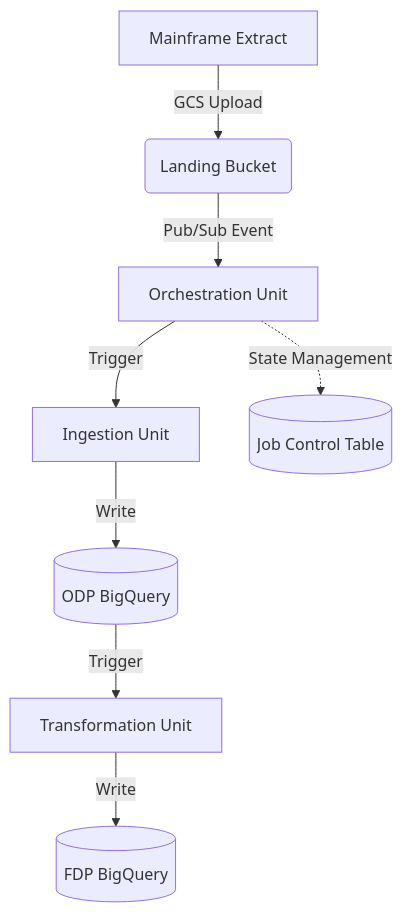
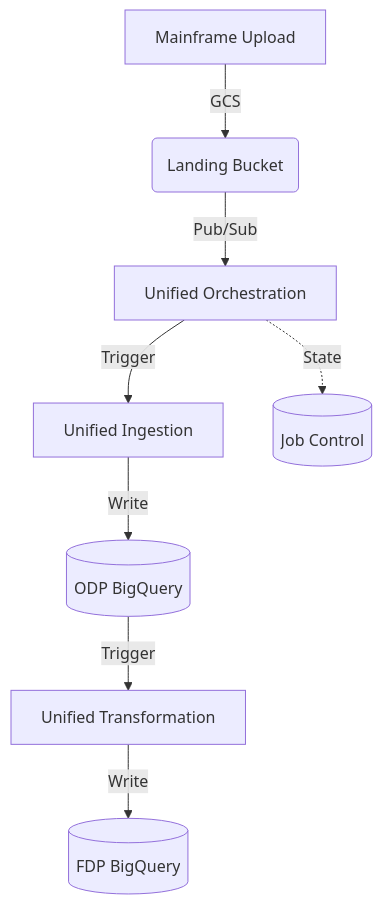
One commit to enrichmeai/culvert changed the diagram in docs/TECHNICAL_ARCHITECTURE.md. Above: the diagram before and after it, drawn with Mermaid. The commit also changed other lines of this file and 8 other files, not shown here.

Commit message:
docs: update architecture documentation and library metadata

````diff
--- a/docs/TECHNICAL_ARCHITECTURE.md
+++ b/docs/TECHNICAL_ARCHITECTURE.md
@@ -22,10 +23,10 @@
 ```mermaid
 graph TD
-    A[Mainframe Extract] -->|GCS Upload| B(Landing Bucket)
-    B -->|Pub/Sub Event| C[Orchestration Unit]
-    C -->|Trigger| D[Ingestion Unit]
+    A[Mainframe Upload] -->|GCS| B(Landing Bucket)
+    B -->|Pub/Sub| C[Unified Orchestration]
+    C -->|Trigger| D[Unified Ingestion]
     D -->|Write| E[(ODP BigQuery)]
-    E -->|Trigger| F[Transformation Unit]
+    E -->|Trigger| F[Unified Transformation]
     F -->|Write| G[(FDP BigQuery)]
-    C -.->|State Management| H[(Job Control Table)]
+    C -.->|State| H[(Job Control)]
 ```
````
